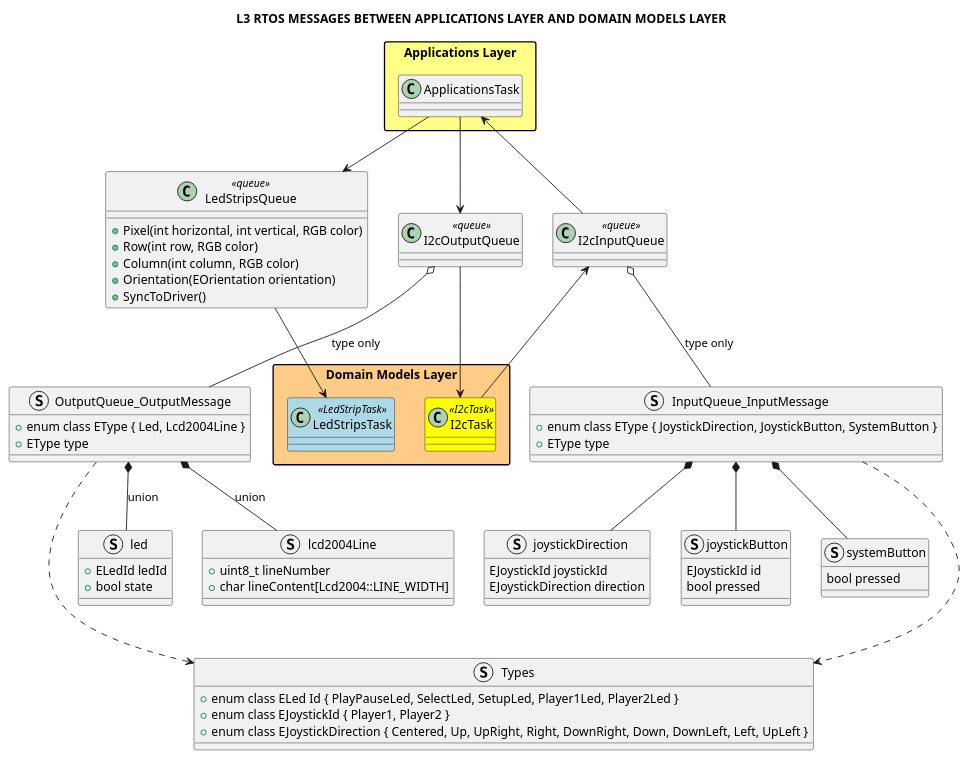
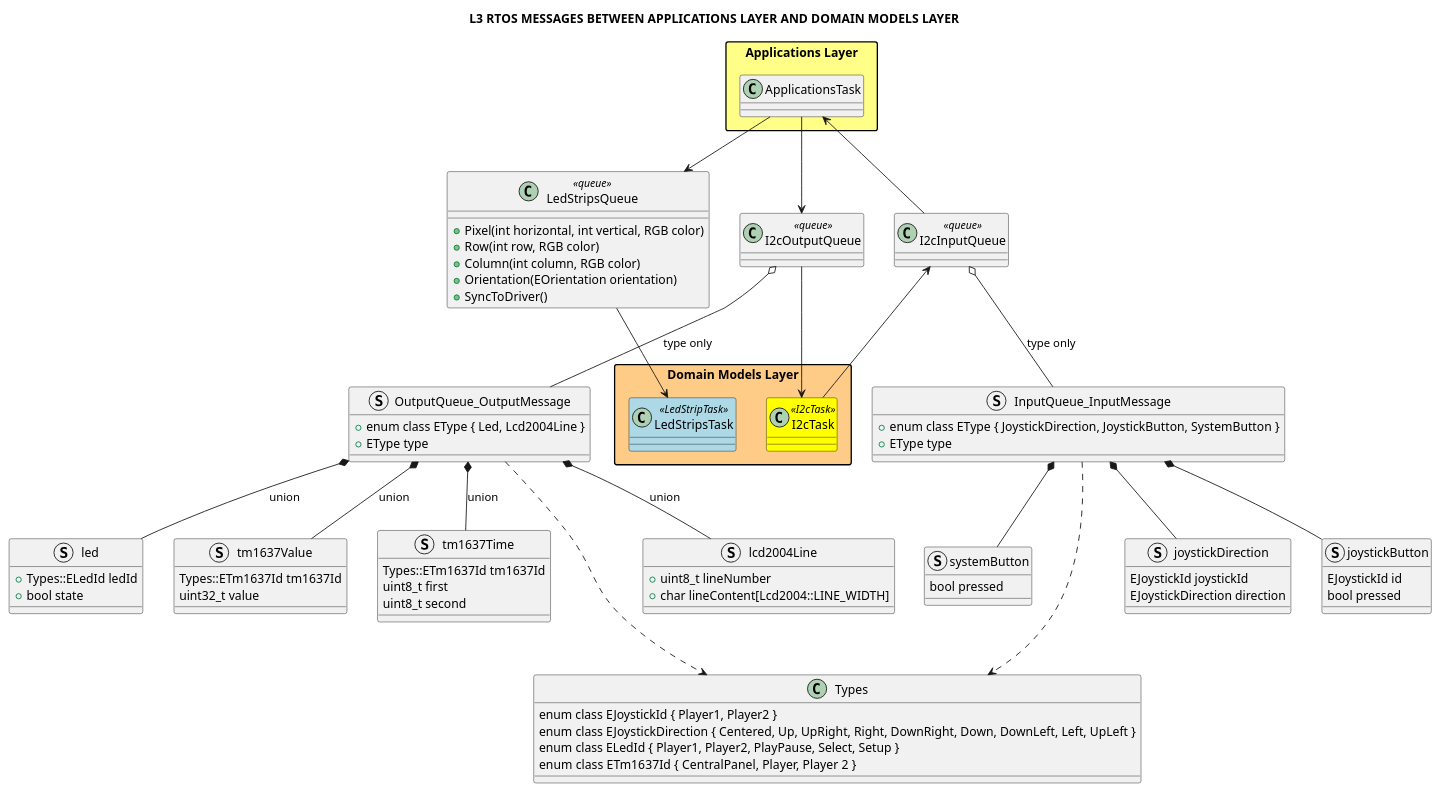
The diagram in Docs/Software Design/Layers/L3_messages.puml (michelkeijzers/fraxis), drawn with PlantUML before and after one commit. The commit also changed 154 other files, not shown here.

Commit message:
Updated UML diagrams, removed = default, changed -> to refs

```diff
--- a/Docs/Software Design/Layers/L3_messages.puml
+++ b/Docs/Software Design/Layers/L3_messages.puml
@@ -1,110 +1,126 @@
 @startuml
 
 title L3 RTOS MESSAGES BETWEEN APPLICATIONS LAYER AND DOMAIN MODELS LAYER
 
 skinparam packageStyle rectangle
 skinparam lineThickness 2
 
 '------------------------------------------------------------------------------------------------
 '                           APPLICATIONS LAYER 
 '------------------------------------------------------------------------------------------------
 
 package "Applications Layer" #ff8
 {
     class ApplicationsTask {}
 } 
+
+class Types
+{
+    enum class EJoystickId { Player1, Player2 }
+    enum class EJoystickDirection { Centered, Up, UpRight, Right, DownRight, Down, DownLeft, Left, UpLeft }
+    enum class ELedId { Player1, Player2, PlayPause, Select, Setup }
+    enum class ETm1637Id { CentralPanel, Player, Player 2 }
+}
 
 class LedStripsQueue <<queue>> 
 {
     + Pixel(int horizontal, int vertical, RGB color)
     + Row(int row, RGB color)
     + Column(int column, RGB color)
     + Orientation(EOrientation orientation)
     + SyncToDriver()
 }
 
 class I2cOutputQueue <<queue>> 
 {
 }
 
 struct OutputQueue_OutputMessage
 {
     + enum class EType { Led, Lcd2004Line }
     + EType type
 }
 
-struct Types
-{
-    + enum class ELed Id { PlayPauseLed, SelectLed, SetupLed, Player1Led, Player2Led }
-    + enum class EJoystickId { Player1, Player2 }
-    + enum class EJoystickDirection { Centered, Up, UpRight, Right, DownRight, Down, DownLeft, Left, UpLeft }
-}
-
-struct led
-{
-    + ELedId ledId
-    + bool state
-}
-
 struct lcd2004Line 
 {
     + uint8_t lineNumber
     + char lineContent[Lcd2004::LINE_WIDTH]
 }
 
+struct led
+{
+    + Types::ELedId ledId
+    + bool state
+}
+
+struct tm1637Value
+{
+    Types::ETm1637Id tm1637Id
+    uint32_t value
+} 
+
+struct tm1637Time
+{
+    Types::ETm1637Id tm1637Id
+    uint8_t first
+    uint8_t second
+}
+
 OutputQueue_OutputMessage *-- led : union
 OutputQueue_OutputMessage *-- lcd2004Line : union
+OutputQueue_OutputMessage *-- tm1637Value : union
+OutputQueue_OutputMessage *-- tm1637Time : union
 
 I2cOutputQueue o-- OutputQueue_OutputMessage : type only
 
 class I2cInputQueue <<queue>> 
 {
 }
 
 ApplicationsTask --> LedStripsQueue
 ApplicationsTask --> I2cOutputQueue
 ApplicationsTask <-- I2cInputQueue
 
 struct InputQueue_InputMessage
 {
     + enum class EType { JoystickDirection, JoystickButton, SystemButton }
     + EType type
 }
 
 I2cInputQueue o-- InputQueue_InputMessage: type only
 
 OutputQueue_OutputMessage ...> Types
 InputQueue_InputMessage ...> Types
 
 struct joystickDirection
 {
     EJoystickId joystickId
     EJoystickDirection direction
 }
 
 struct joystickButton
 {
     EJoystickId id
     bool pressed
 } 
 
 struct systemButton
 {
     bool pressed
 } 
 
 InputQueue_InputMessage *-- joystickDirection
 InputQueue_InputMessage *-- joystickButton
 InputQueue_InputMessage *-- systemButton
 
 package "Domain Models Layer" as DomainModelsLayer #fc8
 {
     class I2cTask <<I2cTask>> #yellow
     class LedStripsTask <<LedStripTask>> #lightblue
 }
 
 LedStripsQueue --> LedStripsTask
 I2cOutputQueue --> I2cTask
 I2cInputQueue <-- I2cTask
 
 @enduml
```
